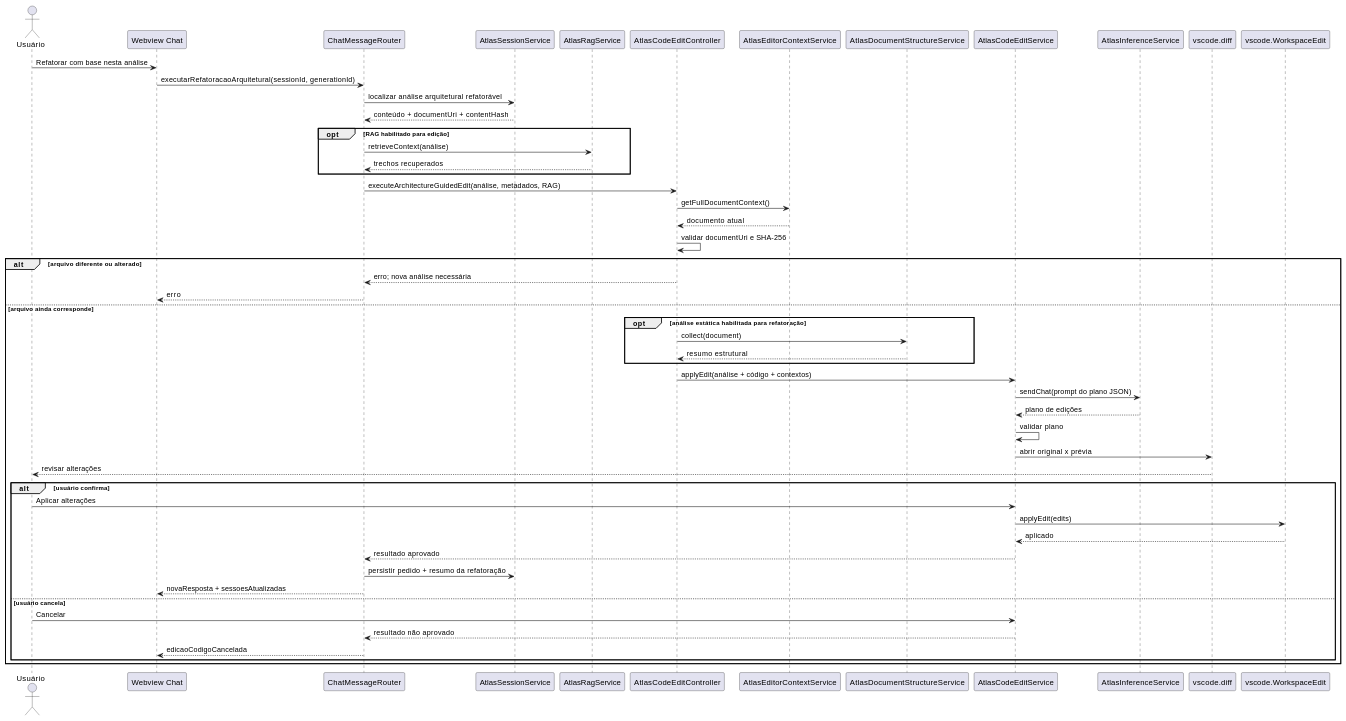
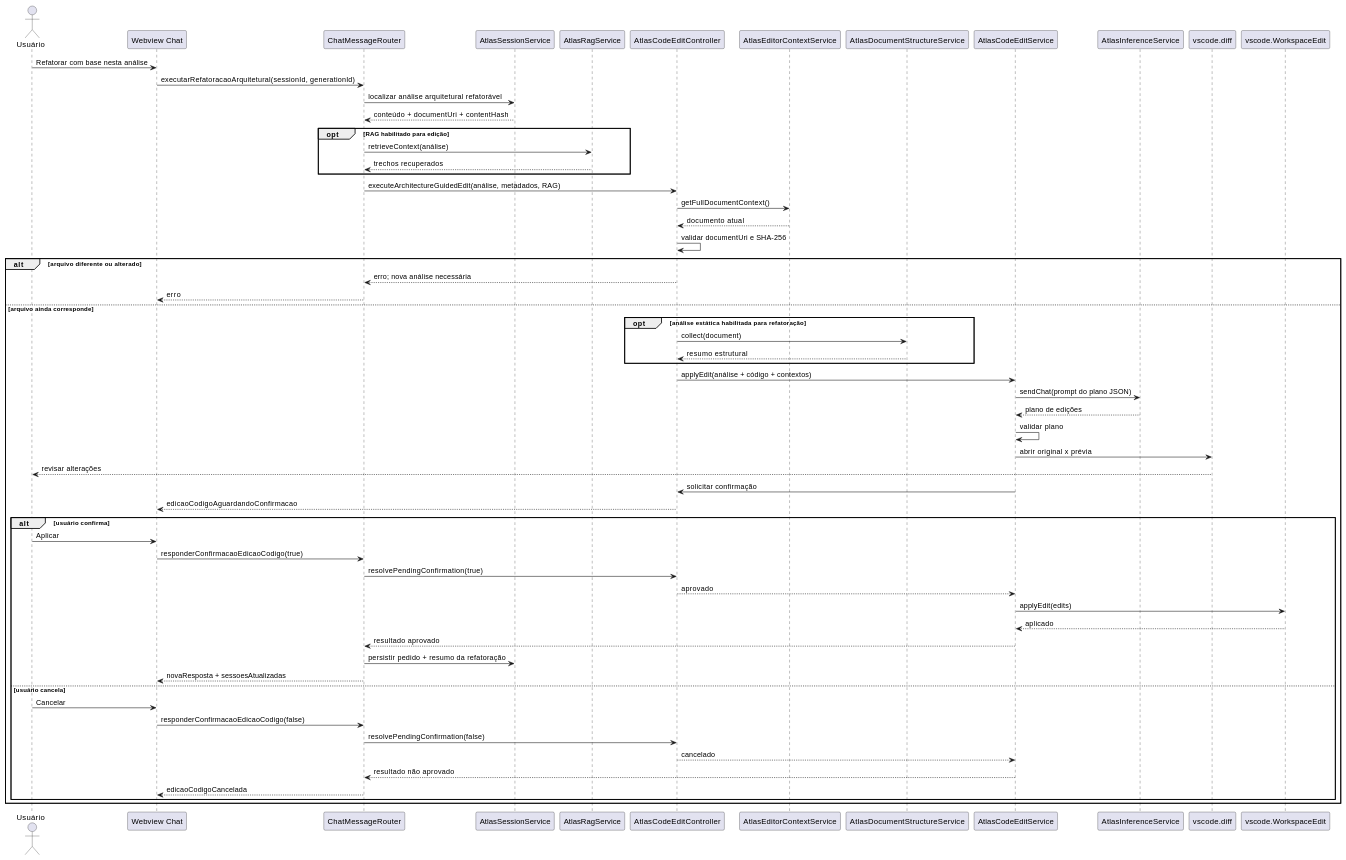
One commit to JVictorVI/ATLAS changed diagram 41 of 41 in docs/plantuml-diagramas-por-caso-de-uso-atlas.md. Above: the diagram before and after it, drawn with PlantUML. The commit also changed other lines of this file and 38 other files, not shown here.

````diff
--- a/docs/plantuml-diagramas-por-caso-de-uso-atlas.md
+++ b/docs/plantuml-diagramas-por-caso-de-uso-atlas.md
@@ -1695,57 +1730,65 @@
 ```plantuml
 @startuml
 skinparam shadowing false
 actor Usuário
 participant "Webview Chat" as UI
 participant ChatMessageRouter as Router
 participant AtlasSessionService as Session
 participant AtlasRagService as RAG
 participant AtlasCodeEditController as EditController
 participant AtlasEditorContextService as EditorContext
 participant AtlasDocumentStructureService as Structure
 participant AtlasCodeEditService as EditService
 participant AtlasInferenceService as Inference
 participant "vscode.diff" as Diff
 participant "vscode.WorkspaceEdit" as WorkspaceEdit
 
 Usuário -> UI : Refatorar com base nesta análise
 UI -> Router : executarRefatoracaoArquitetural(sessionId, generationId)
 Router -> Session : localizar análise arquitetural refatorável
 Session --> Router : conteúdo + documentUri + contentHash
 opt RAG habilitado para edição
   Router -> RAG : retrieveContext(análise)
   RAG --> Router : trechos recuperados
 end
 Router -> EditController : executeArchitectureGuidedEdit(análise, metadados, RAG)
 EditController -> EditorContext : getFullDocumentContext()
 EditorContext --> EditController : documento atual
 EditController -> EditController : validar documentUri e SHA-256
 alt arquivo diferente ou alterado
   EditController --> Router : erro; nova análise necessária
   Router --> UI : erro
 else arquivo ainda corresponde
   opt análise estática habilitada para refatoração
     EditController -> Structure : collect(document)
     Structure --> EditController : resumo estrutural
   end
   EditController -> EditService : applyEdit(análise + código + contextos)
   EditService -> Inference : sendChat(prompt do plano JSON)
   Inference --> EditService : plano de edições
   EditService -> EditService : validar plano
   EditService -> Diff : abrir original x prévia
   Diff --> Usuário : revisar alterações
+  EditService -> EditController : solicitar confirmação
+  EditController --> UI : edicaoCodigoAguardandoConfirmacao
   alt usuário confirma
-    Usuário -> EditService : Aplicar alterações
+    Usuário -> UI : Aplicar
+    UI -> Router : responderConfirmacaoEdicaoCodigo(true)
+    Router -> EditController : resolvePendingConfirmation(true)
+    EditController --> EditService : aprovado
     EditService -> WorkspaceEdit : applyEdit(edits)
     WorkspaceEdit --> EditService : aplicado
     EditService --> Router : resultado aprovado
     Router -> Session : persistir pedido + resumo da refatoração
     Router --> UI : novaResposta + sessoesAtualizadas
   else usuário cancela
-    Usuário -> EditService : Cancelar
+    Usuário -> UI : Cancelar
+    UI -> Router : responderConfirmacaoEdicaoCodigo(false)
+    Router -> EditController : resolvePendingConfirmation(false)
+    EditController --> EditService : cancelado
     EditService --> Router : resultado não aprovado
     Router --> UI : edicaoCodigoCancelada
   end
 end
 @enduml
 ```
````
